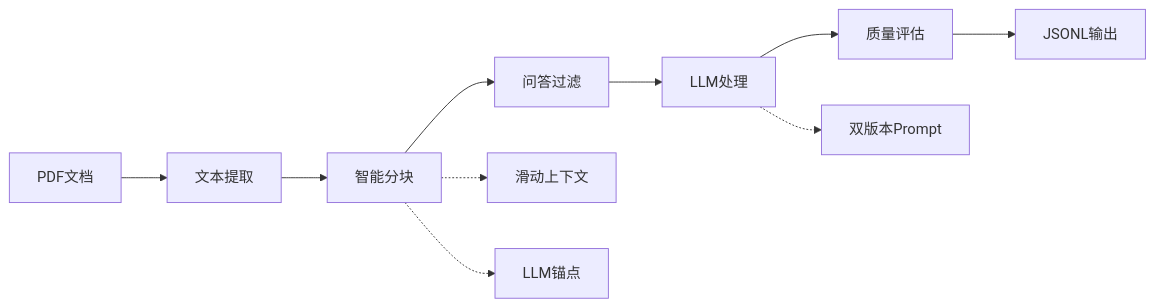
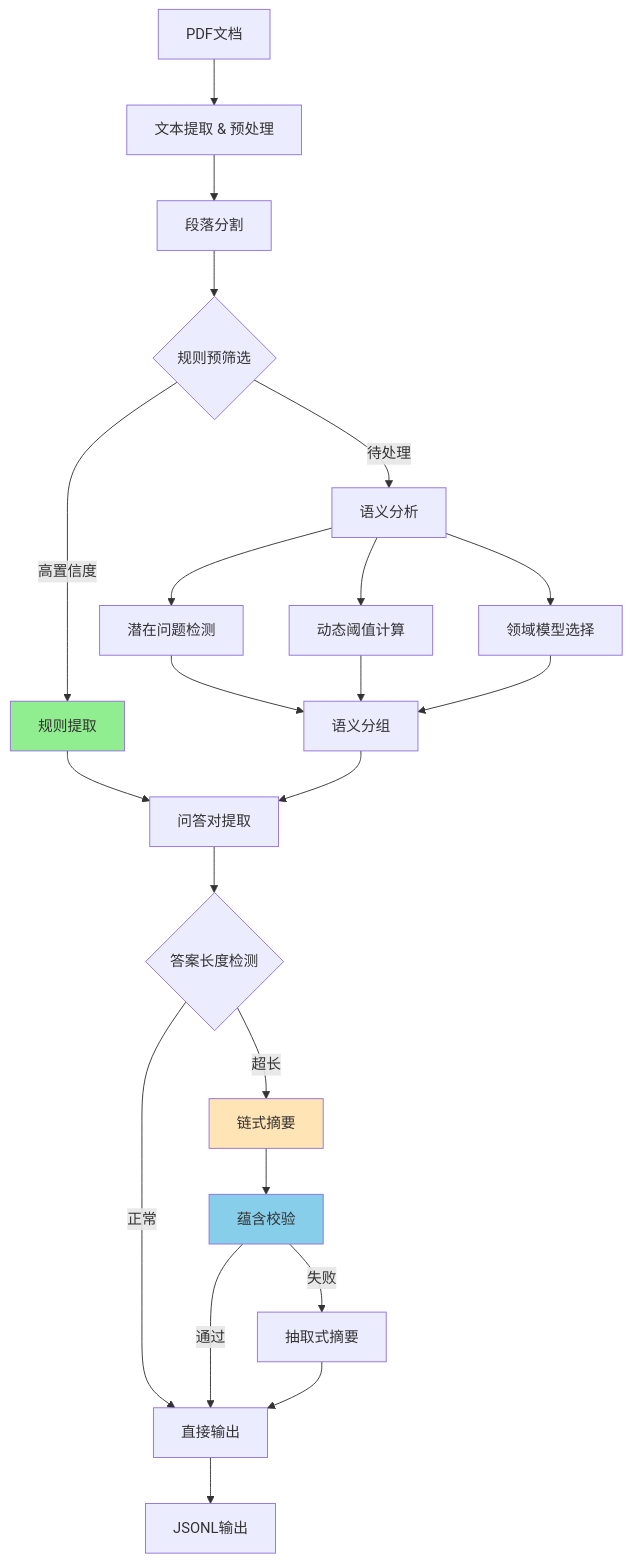
Before and after one commit to souflex56/legend-qa-extractor: the diagram in README.md, drawn with Mermaid. The commit also changed other lines of this file and 11 other files, not shown here.

````diff
--- a/README.md
+++ b/README.md
@@ -54,13 +67,35 @@
 ```mermaid
-graph LR
-    A[PDF文档] --> B[文本提取]
-    B --> C[智能分块]
-    C --> D[问答过滤]
-    D --> E[LLM处理]
-    E --> F[质量评估]
-    F --> G[JSONL输出]
+graph TB
+    A[PDF文档] --> B[文本提取 & 预处理]
+    B --> C[段落分割]
     
-    C -.-> H[滑动上下文]
-    C -.-> I[LLM锚点]
-    E -.-> J[双版本Prompt]
+    C --> D{规则预筛选}
+    D -->|高置信度| E[规则提取]
+    D -->|待处理| F[语义分析]
+    
+    F --> G[潜在问题检测]
+    F --> H[动态阈值计算]
+    F --> I[领域模型选择]
+    
+    G --> J[语义分组]
+    H --> J
+    I --> J
+    
+    E --> K[问答对提取]
+    J --> K
+    
+    K --> L{答案长度检测}
+    L -->|超长| M[链式摘要]
+    L -->|正常| N[直接输出]
+    
+    M --> O[蕴含校验]
+    O -->|通过| N
+    O -->|失败| P[抽取式摘要]
+    P --> N
+    
+    N --> Q[JSONL输出]
+    
+    style E fill:#90EE90
+    style M fill:#FFE4B5
+    style O fill:#87CEEB
 ```
````
